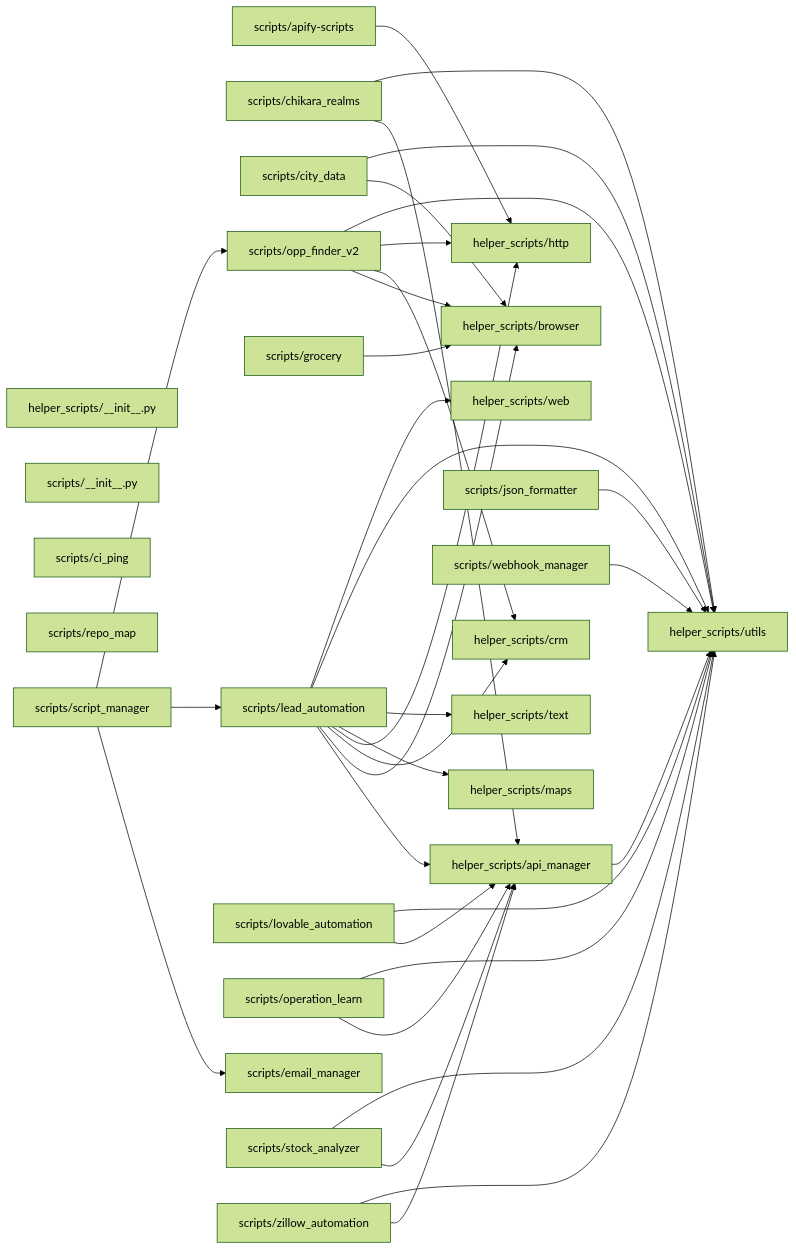
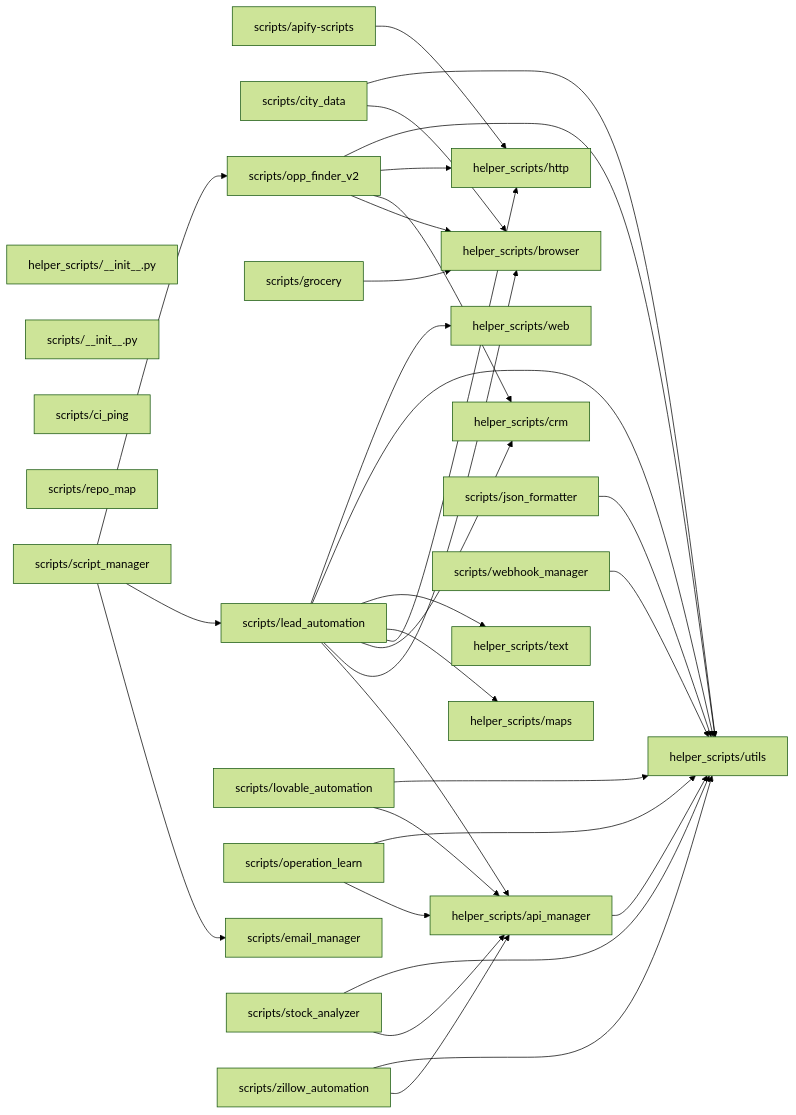
One commit to StaticxViper/cjm-dev changed the diagram in documentation/repo-map/generated/repo.md. Above: the diagram before and after it, drawn with Mermaid (forest theme). The commit also changed 31 other files, not shown here.

First line of the commit message:
Refactor Chikara Realms documentation and remove obsolete scripts

````diff
--- a/documentation/repo-map/generated/repo.md
+++ b/documentation/repo-map/generated/repo.md
@@ -5,61 +5,58 @@
 ```mermaid
 flowchart LR
   helper_scripts___init___py["helper_scripts/__init__.py"]
   helper_scripts_api_manager["helper_scripts/api_manager"]
   helper_scripts_browser["helper_scripts/browser"]
   helper_scripts_crm["helper_scripts/crm"]
   helper_scripts_http["helper_scripts/http"]
   helper_scripts_maps["helper_scripts/maps"]
   helper_scripts_text["helper_scripts/text"]
   helper_scripts_utils["helper_scripts/utils"]
   helper_scripts_web["helper_scripts/web"]
   scripts___init___py["scripts/__init__.py"]
   scripts_apify_scripts["scripts/apify-scripts"]
-  scripts_chikara_realms["scripts/chikara_realms"]
   scripts_ci_ping["scripts/ci_ping"]
   scripts_city_data["scripts/city_data"]
   scripts_email_manager["scripts/email_manager"]
   scripts_grocery["scripts/grocery"]
   scripts_json_formatter["scripts/json_formatter"]
   scripts_lead_automation["scripts/lead_automation"]
   scripts_lovable_automation["scripts/lovable_automation"]
   scripts_operation_learn["scripts/operation_learn"]
   scripts_opp_finder_v2["scripts/opp_finder_v2"]
   scripts_repo_map["scripts/repo_map"]
   scripts_script_manager["scripts/script_manager"]
   scripts_stock_analyzer["scripts/stock_analyzer"]
   scripts_webhook_manager["scripts/webhook_manager"]
   scripts_zillow_automation["scripts/zillow_automation"]
   helper_scripts_api_manager --> helper_scripts_utils
   scripts_apify_scripts --> helper_scripts_http
-  scripts_chikara_realms --> helper_scripts_api_manager
-  scripts_chikara_realms --> helper_scripts_utils
   scripts_city_data --> helper_scripts_browser
   scripts_city_data --> helper_scripts_utils
   scripts_grocery --> helper_scripts_browser
   scripts_json_formatter --> helper_scripts_utils
   scripts_lead_automation --> helper_scripts_api_manager
   scripts_lead_automation --> helper_scripts_browser
   scripts_lead_automation --> helper_scripts_crm
   scripts_lead_automation --> helper_scripts_http
   scripts_lead_automation --> helper_scripts_maps
   scripts_lead_automation --> helper_scripts_text
   scripts_lead_automation --> helper_scripts_utils
   scripts_lead_automation --> helper_scripts_web
   scripts_lovable_automation --> helper_scripts_api_manager
   scripts_lovable_automation --> helper_scripts_utils
   scripts_operation_learn --> helper_scripts_api_manager
   scripts_operation_learn --> helper_scripts_utils
   scripts_opp_finder_v2 --> helper_scripts_browser
   scripts_opp_finder_v2 --> helper_scripts_crm
   scripts_opp_finder_v2 --> helper_scripts_http
   scripts_opp_finder_v2 --> helper_scripts_utils
   scripts_script_manager --> scripts_email_manager
   scripts_script_manager --> scripts_lead_automation
   scripts_script_manager --> scripts_opp_finder_v2
   scripts_stock_analyzer --> helper_scripts_api_manager
   scripts_stock_analyzer --> helper_scripts_utils
   scripts_webhook_manager --> helper_scripts_utils
   scripts_zillow_automation --> helper_scripts_api_manager
   scripts_zillow_automation --> helper_scripts_utils
 ```
````
